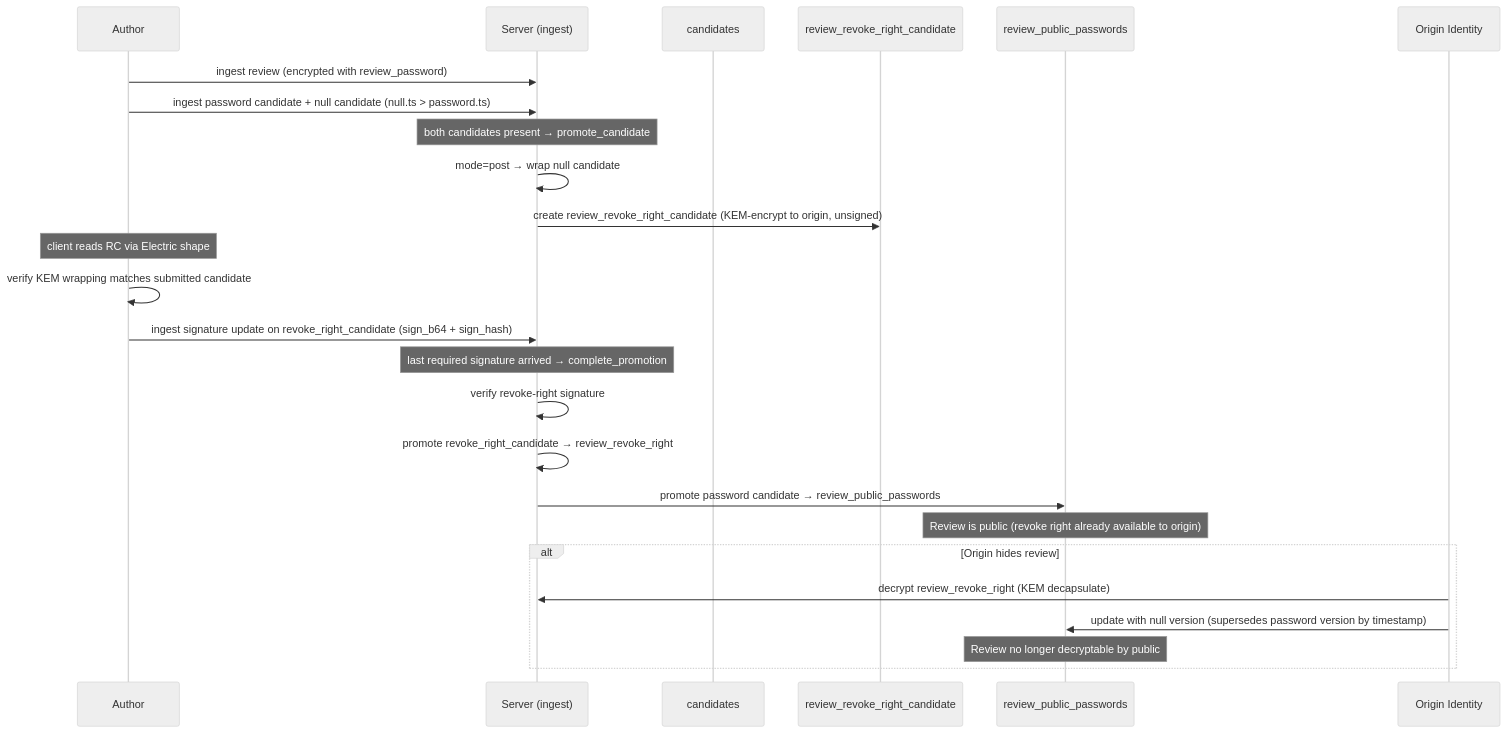
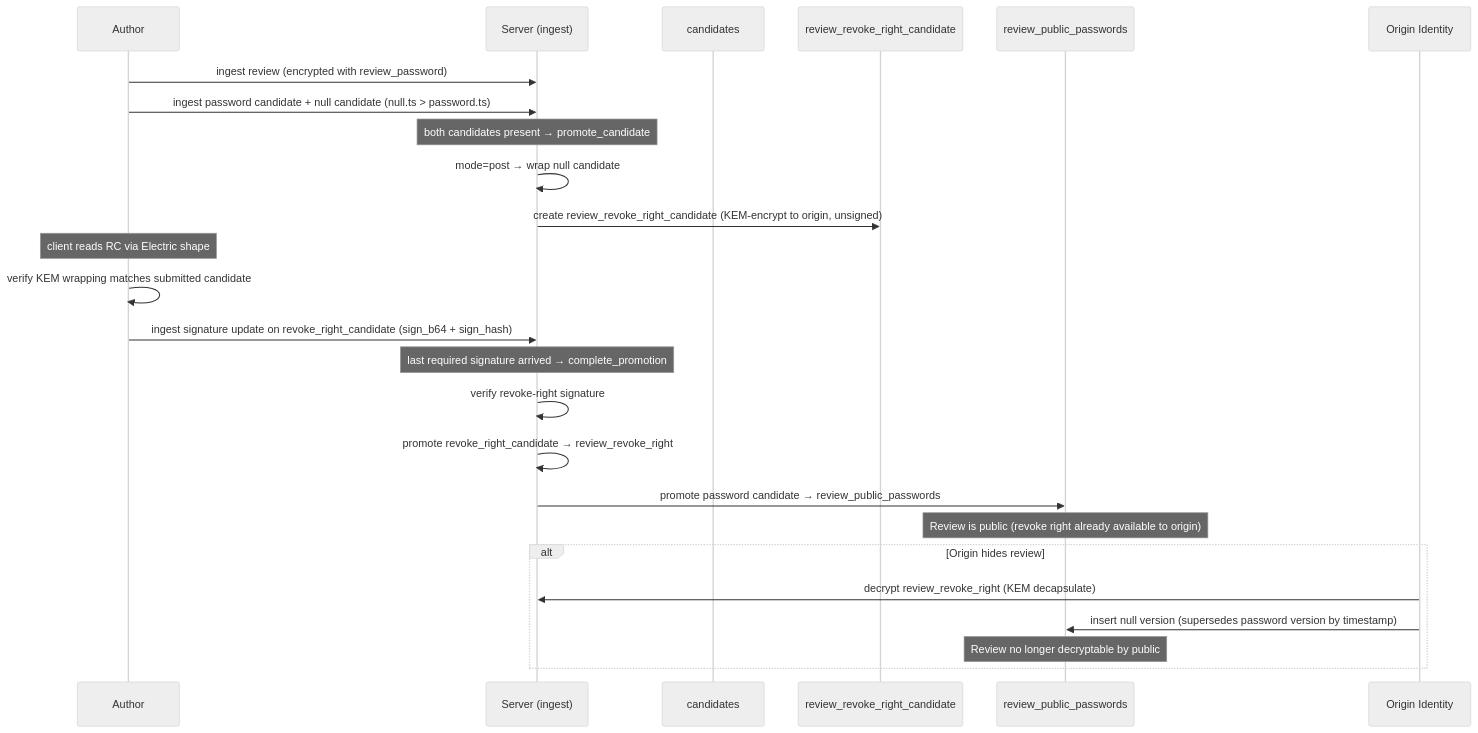
One commit to Buckitup-chat/chat changed the third of 4 diagrams in docs/proposal/reviews.md. Above: the diagram before and after it, drawn with Mermaid (neutral theme). The commit also changed other lines of this file and 24 other files, not shown here.

````diff
--- a/docs/proposal/reviews.md
+++ b/docs/proposal/reviews.md
@@ -174,31 +174,31 @@
 ```mermaid
 sequenceDiagram
     participant A as Author
     participant S as Server (ingest)
     participant C as candidates
     participant RC as review_revoke_right_candidate
     participant P as review_public_passwords
     participant O as Origin Identity
 
     A->>S: ingest review (encrypted with review_password)
     A->>S: ingest password candidate + null candidate (null.ts > password.ts)
     Note over S: both candidates present → promote_candidate
     S->>S: mode=post → wrap null candidate
     S->>RC: create review_revoke_right_candidate (KEM-encrypt to origin, unsigned)
 
     Note over A: client reads RC via Electric shape
     A->>A: verify KEM wrapping matches submitted candidate
     A->>S: ingest signature update on revoke_right_candidate (sign_b64 + sign_hash)
     Note over S: last required signature arrived → complete_promotion
     S->>S: verify revoke-right signature
     S->>S: promote revoke_right_candidate → review_revoke_right
     S->>P: promote password candidate → review_public_passwords
 
     Note over P: Review is public (revoke right already available to origin)
 
     alt Origin hides review
         O->>S: decrypt review_revoke_right (KEM decapsulate)
-        O->>P: update with null version (supersedes password version by timestamp)
+        O->>P: insert null version (supersedes password version by timestamp)
         Note over P: Review no longer decryptable by public
     end
 ```
````
